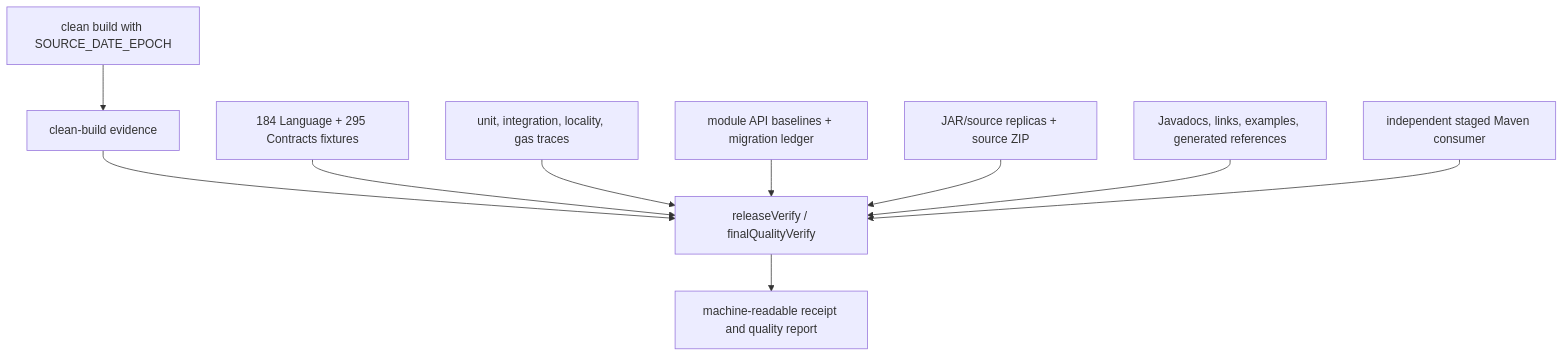
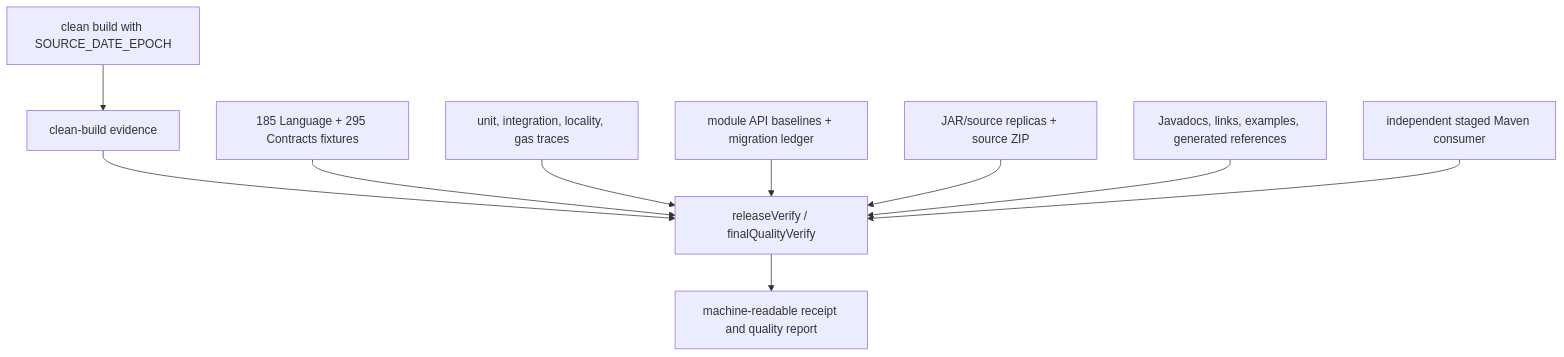
The diagram in docs/architecture/conformance-and-release.md (bluecontract/blue-language-java), drawn with Mermaid before and after one commit. The commit also changed other lines of this file and 24 other files, not shown here.

````diff
--- a/docs/architecture/conformance-and-release.md
+++ b/docs/architecture/conformance-and-release.md
@@ -7,12 +7,12 @@
 ```mermaid
 flowchart TD
     Clean["clean build with SOURCE_DATE_EPOCH"] --> Marker["clean-build evidence"]
     Marker --> Verify["releaseVerify / finalQualityVerify"]
-    Fixtures["184 Language + 295 Contracts fixtures"] --> Verify
+    Fixtures["185 Language + 295 Contracts fixtures"] --> Verify
     Tests["unit, integration, locality, gas traces"] --> Verify
     API["module API baselines + migration ledger"] --> Verify
     Archives["JAR/source replicas + source ZIP"] --> Verify
     Docs["Javadocs, links, examples, generated references"] --> Verify
     Smoke["independent staged Maven consumer"] --> Verify
     Verify --> Receipt["machine-readable receipt and quality report"]
 ```
````
